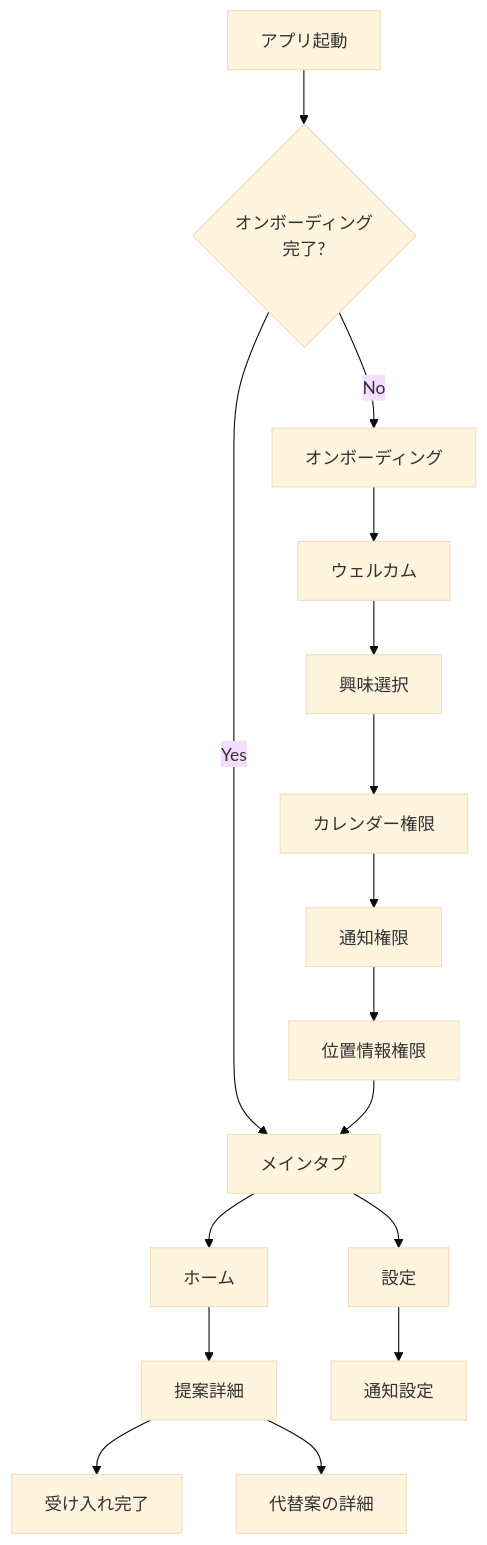
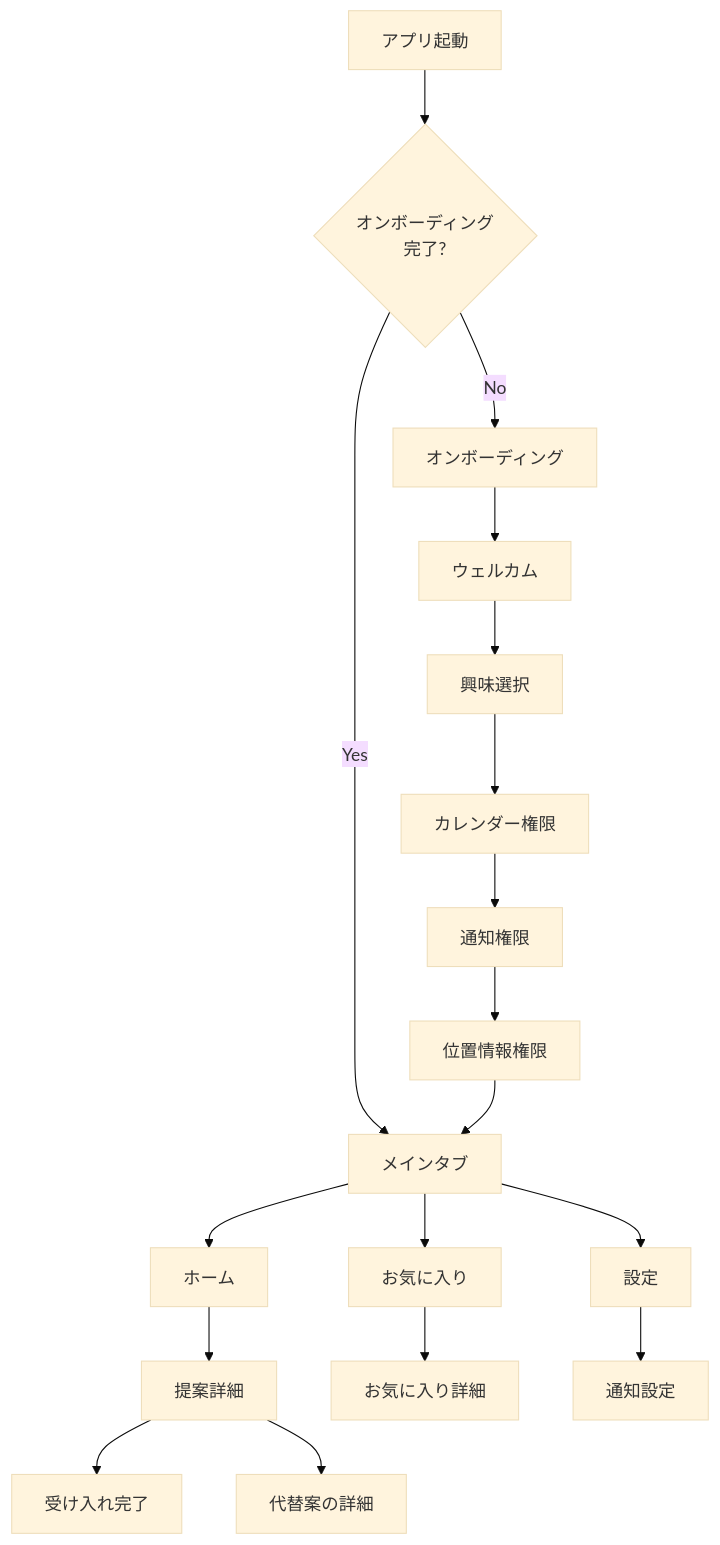
Before and after one commit to Ken-Miyamura/serendipity-planner: the diagram in docs/spec/screens.md, drawn with Mermaid (base theme). The commit also changed other lines of this file and 4 other files, not shown here.

````diff
--- a/docs/spec/screens.md
+++ b/docs/spec/screens.md
@@ -5,22 +5,25 @@
 ```mermaid
 graph TD
     A[アプリ起動] --> B{オンボーディング<br/>完了?}
     B -->|No| C[オンボーディング]
     B -->|Yes| D[メインタブ]
 
     C --> C1[ウェルカム]
     C1 --> C2[興味選択]
     C2 --> C3[カレンダー権限]
     C3 --> C4[通知権限]
     C4 --> C5[位置情報権限]
     C5 --> D
 
     D --> D1[ホーム]
-    D --> D2[設定]
+    D --> D2[お気に入り]
+    D --> D3[設定]
 
     D1 --> E[提案詳細]
     E --> E1[受け入れ完了]
     E --> E2[代替案の詳細]
 
-    D2 --> D3[通知設定]
+    D2 --> F[お気に入り詳細]
+
+    D3 --> D4[通知設定]
 ```
````
